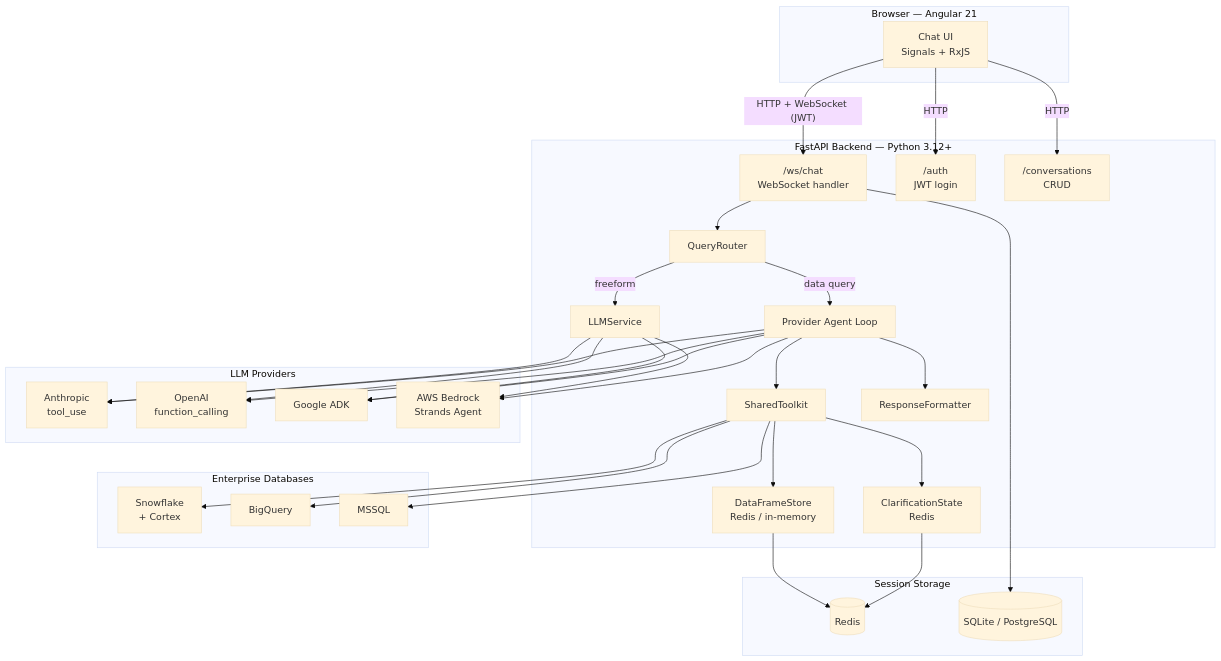
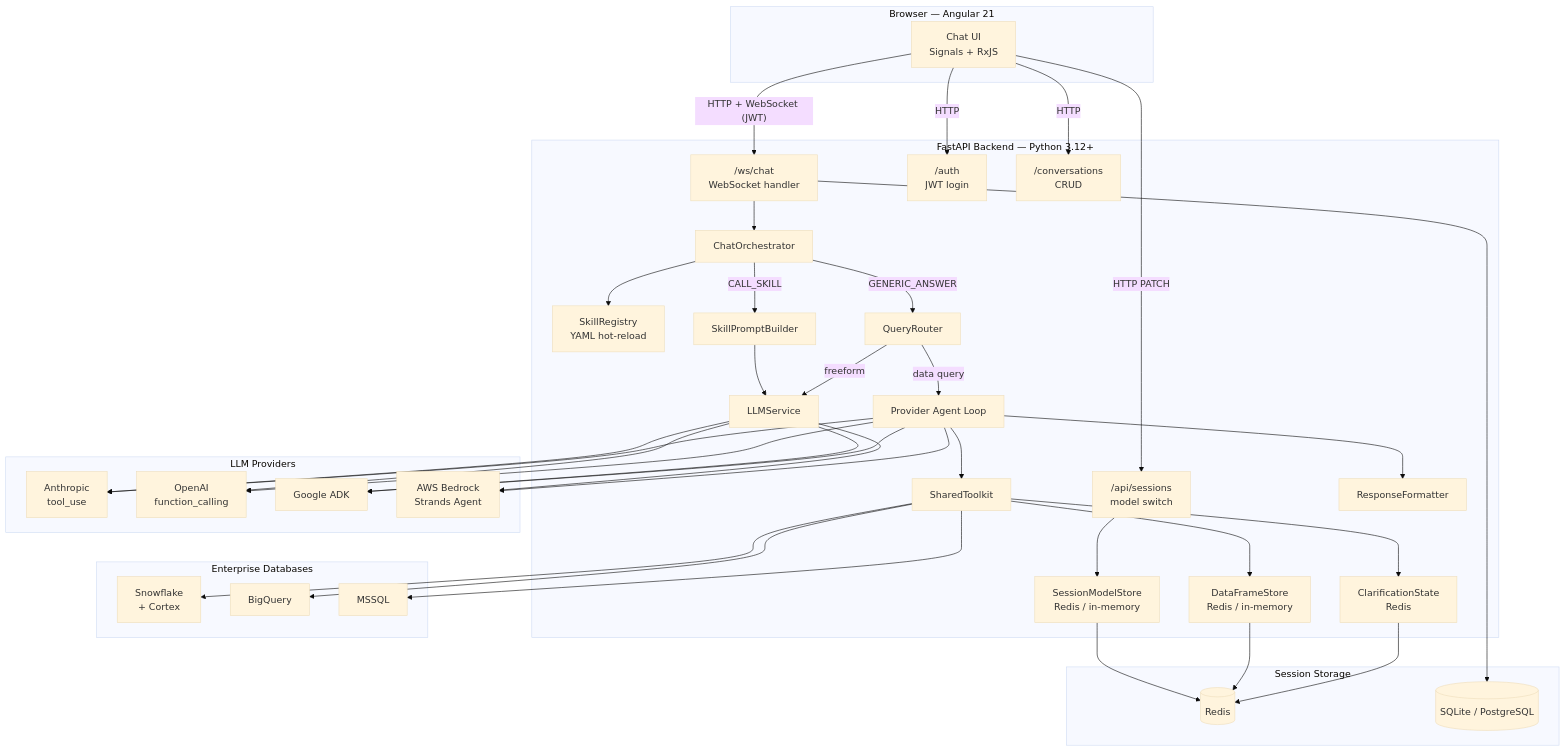
The first of 13 diagrams in chatbot/docs/ARCHITECTURE.md (LeonardLooi/database_agent), drawn with Mermaid (base theme) before and after one commit. The commit also changed other lines of this file and 1 other file, not shown here.

````diff
--- a/chatbot/docs/ARCHITECTURE.md
+++ b/chatbot/docs/ARCHITECTURE.md
@@ -35,62 +37,74 @@
 ```mermaid
 graph TB
     subgraph Browser["Browser — Angular 21"]
         UI[Chat UI<br/>Signals + RxJS]
     end
 
     subgraph Backend["FastAPI Backend — Python 3.12+"]
         WS["/ws/chat<br/>WebSocket handler"]
         Auth["/auth<br/>JWT login"]
         Conv["/conversations<br/>CRUD"]
+        Sess["/api/sessions<br/>model switch"]
+        Orch[ChatOrchestrator]
+        SR[SkillRegistry<br/>YAML hot-reload]
+        SPB[SkillPromptBuilder]
+        SMS[SessionModelStore<br/>Redis / in-memory]
         QR[QueryRouter]
         LLM[LLMService]
         Loop[Provider Agent Loop]
         ST[SharedToolkit]
         DF[DataFrameStore<br/>Redis / in-memory]
         CS[ClarificationState<br/>Redis]
         RF[ResponseFormatter]
     end
 
     subgraph Providers["LLM Providers"]
         Claude[Anthropic<br/>tool_use]
         GPT[OpenAI<br/>function_calling]
         Gemini[Google ADK]
         Bedrock[AWS Bedrock<br/>Strands Agent]
     end
 
     subgraph DBs["Enterprise Databases"]
         SF[Snowflake<br/>+ Cortex]
         BQ[BigQuery]
         MS[MSSQL]
     end
 
     subgraph Store["Session Storage"]
         Redis[(Redis)]
         SQLite[(SQLite / PostgreSQL)]
     end
 
     UI -- "HTTP + WebSocket (JWT)" --> WS
     UI -- "HTTP" --> Auth
     UI -- "HTTP" --> Conv
-    WS --> QR
+    UI -- "HTTP PATCH" --> Sess
+    Sess --> SMS
+    SMS --> Redis
+    WS --> Orch
+    Orch --> SR
+    Orch -- "CALL_SKILL" --> SPB
+    SPB --> LLM
+    Orch -- "GENERIC_ANSWER" --> QR
     QR -- freeform --> LLM
     QR -- data query --> Loop
     Loop --> ST
     ST --> SF
     ST --> BQ
     ST --> MS
     ST --> DF
     ST --> CS
     Loop --> RF
     LLM --> Claude
     LLM --> GPT
     LLM --> Gemini
     LLM --> Bedrock
     Loop --> Claude
     Loop --> GPT
     Loop --> Gemini
     Loop --> Bedrock
     DF --> Redis
     CS --> Redis
     WS --> SQLite
 ```
````
